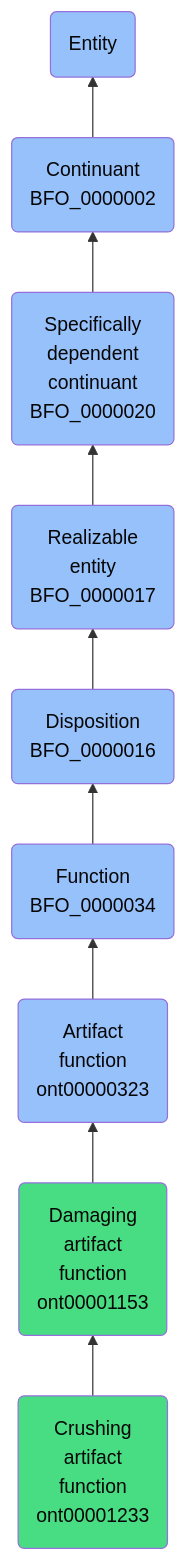
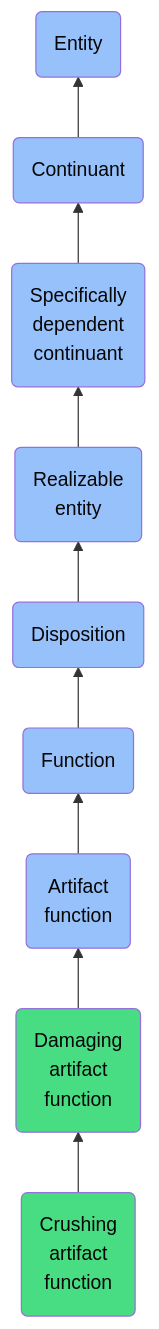
One commit to jupyter-naas/abi changed the diagram in docs/ontology/reference/model/Entity/Continuant/Specifically dependent continuant/Realizable entity/Disposition/Function/Artifact function/Damaging artifact function/Crushing artifact function/Crushing artifact function.md. Above: the diagram before and after it, drawn with Mermaid. The commit also changed other lines of this file and 1430 other files, not shown here.

````diff
--- a/docs/ontology/reference/model/Entity/Continuant/Specifically dependent continuant/Realizable entity/Disposition/Function/Artifact function/Damaging artifact function/Crushing artifact function/Crushing artifact function.md
+++ b/docs/ontology/reference/model/Entity/Continuant/Specifically dependent continuant/Realizable entity/Disposition/Function/Artifact function/Damaging artifact function/Crushing artifact function/Crushing artifact function.md
@@ -24,16 +24,16 @@
 ```mermaid
 graph BT
-    ont00001233(Crushing<br>artifact<br>function<br>ont00001233):::ABI-->ont00001153
-    ont00001153(Damaging<br>artifact<br>function<br>ont00001153):::ABI-->ont00000323
-    ont00000323(Artifact<br>function<br>ont00000323):::BFO-->BFO_0000034
-    BFO_0000034(Function<br>BFO_0000034):::BFO-->BFO_0000016
-    BFO_0000016(Disposition<br>BFO_0000016):::BFO-->BFO_0000017
-    BFO_0000017(Realizable<br>entity<br>BFO_0000017):::BFO-->BFO_0000020
-    BFO_0000020(Specifically<br>dependent<br>continuant<br>BFO_0000020):::BFO-->BFO_0000002
-    BFO_0000002(Continuant<br>BFO_0000002):::BFO-->BFO_0000001
+    ont00001233(Crushing<br>artifact<br>function):::ABI-->ont00001153
+    ont00001153(Damaging<br>artifact<br>function):::ABI-->ont00000323
+    ont00000323(Artifact<br>function):::BFO-->BFO_0000034
+    BFO_0000034(Function):::BFO-->BFO_0000016
+    BFO_0000016(Disposition):::BFO-->BFO_0000017
+    BFO_0000017(Realizable<br>entity):::BFO-->BFO_0000020
+    BFO_0000020(Specifically<br>dependent<br>continuant):::BFO-->BFO_0000002
+    BFO_0000002(Continuant):::BFO-->BFO_0000001
     BFO_0000001(Entity):::BFO
     
     classDef BFO fill:#97c1fb,color:#060606
     classDef CCO fill:#e4c51e,color:#060606
     classDef ABI fill:#48DD82,color:#060606
 ```
````
